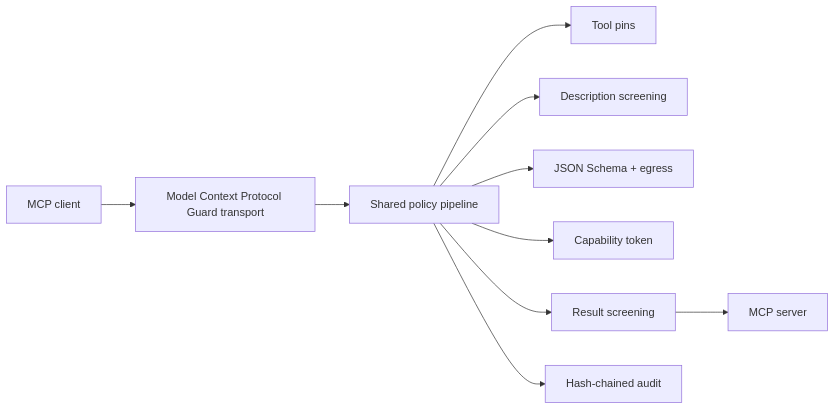
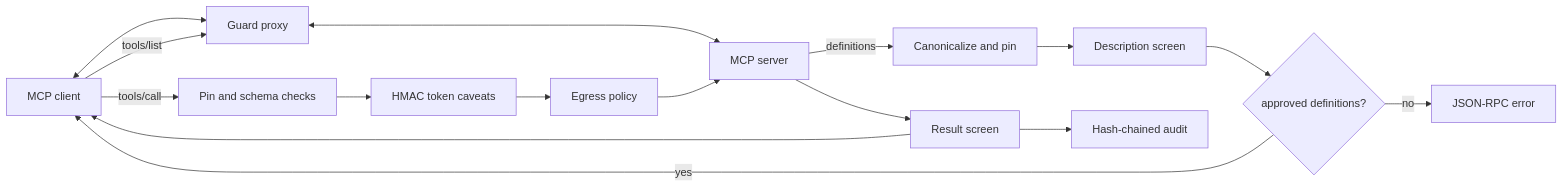
One commit to model-context-protocol-guard/model-context-protocol-guard changed the first of 2 diagrams in README.md. Above: the diagram before and after it, drawn with Mermaid. The commit also changed other lines of this file and 26 other files, not shown here.

````diff
--- a/README.md
+++ b/README.md
@@ -30,12 +19,18 @@
 ```mermaid
 flowchart LR
-  C[MCP client] --> G[Model Context Protocol Guard transport]
-  G --> P[Shared policy pipeline]
-  P --> Pin[Tool pins]
-  P --> Desc[Description screening]
-  P --> Args[JSON Schema + egress]
-  P --> Tok[Capability token]
-  P --> R[Result screening]
-  R --> S[MCP server]
-  P --> A[Hash-chained audit]
+  C[MCP client] <--> G[Guard proxy]
+  G <--> S[MCP server]
+  C -->|tools/list| G
+  S -->|definitions| Pin[Canonicalize and pin]
+  Pin --> Desc[Description screen]
+  Desc --> ListDecision{approved definitions?}
+  ListDecision -->|yes| C
+  ListDecision -->|no| Deny[JSON-RPC error]
+  C -->|tools/call| Call[Pin and schema checks]
+  Call --> Token[HMAC token caveats]
+  Token --> Egress[Egress policy]
+  Egress --> S
+  S --> Result[Result screen]
+  Result --> Audit[Hash-chained audit]
+  Result --> C
 ```
````
